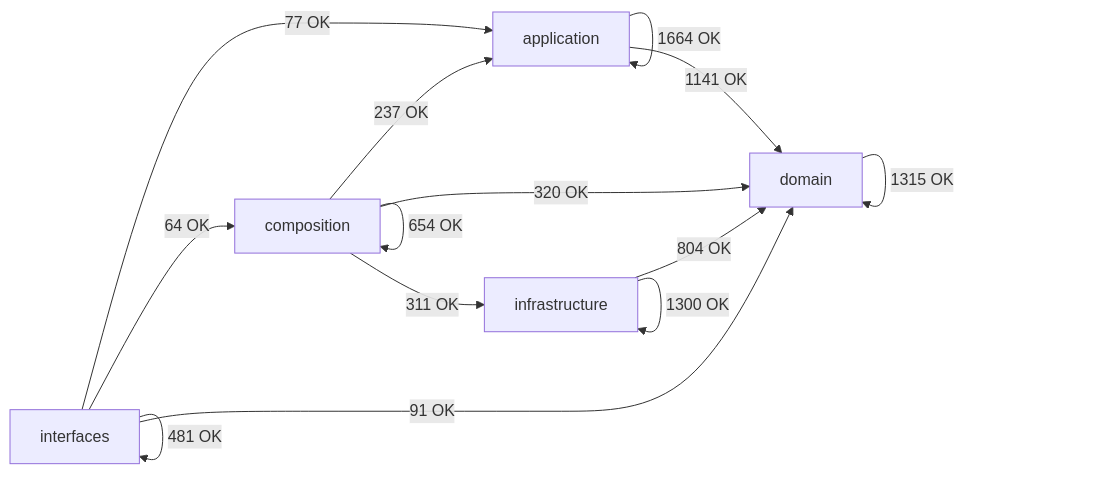
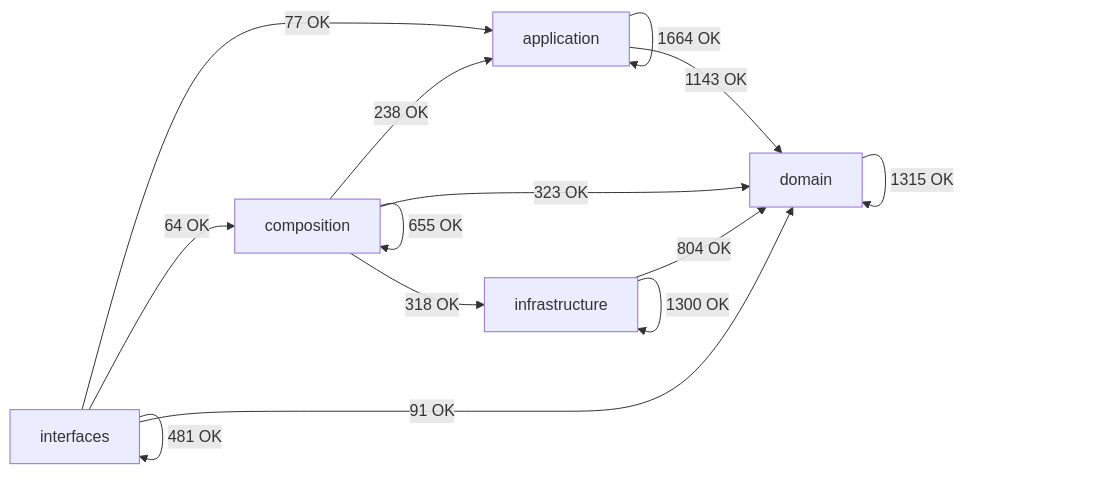
The diagram in docs/02-architecture/generated/module-dependency-map.md (SatoryKono/BioactivityDataAcquisition), drawn with Mermaid before and after one commit. The commit also changed other lines of this file and 101 other files, not shown here.

````diff
--- a/docs/02-architecture/generated/module-dependency-map.md
+++ b/docs/02-architecture/generated/module-dependency-map.md
@@ -17,21 +17,21 @@
 ```mermaid
 flowchart LR
     domain[domain]
     application[application]
     infrastructure[infrastructure]
     composition[composition]
     interfaces[interfaces]
     application -->|1664 OK| application
-    application -->|1141 OK| domain
-    composition -->|237 OK| application
-    composition -->|654 OK| composition
-    composition -->|320 OK| domain
-    composition -->|311 OK| infrastructure
+    application -->|1143 OK| domain
+    composition -->|238 OK| application
+    composition -->|655 OK| composition
+    composition -->|323 OK| domain
+    composition -->|318 OK| infrastructure
     domain -->|1315 OK| domain
     infrastructure -->|804 OK| domain
     infrastructure -->|1300 OK| infrastructure
     interfaces -->|77 OK| application
     interfaces -->|64 OK| composition
     interfaces -->|91 OK| domain
     interfaces -->|481 OK| interfaces
 ```
````
